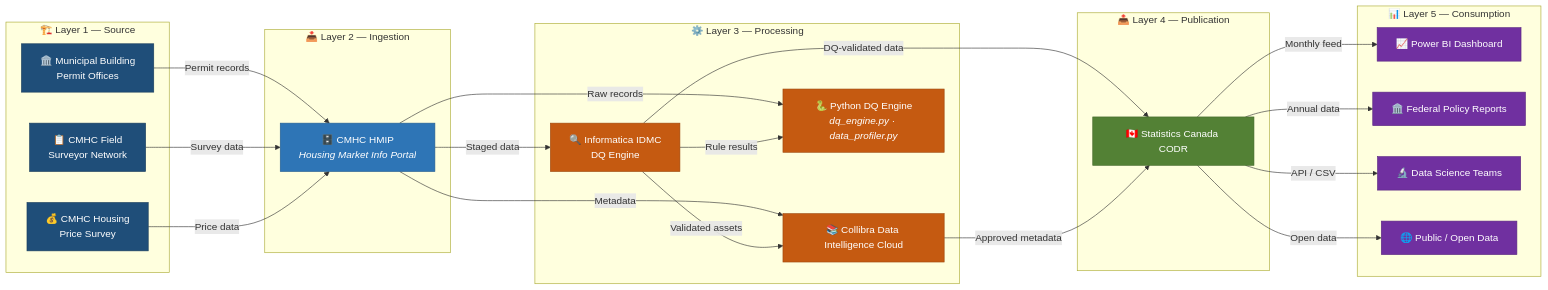
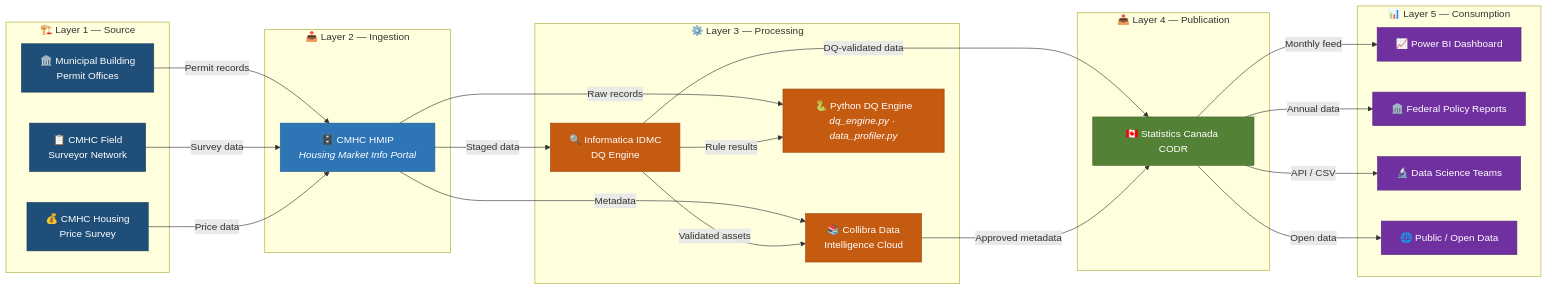
One commit to rkdhakal/cmhc-housing-data-governance changed the diagram in README.md. Above: the diagram before and after it, drawn with Mermaid.

Commit message:
Typo error fixed

````diff
--- a/README.md
+++ b/README.md
@@ -96,50 +96,50 @@
 ```mermaid
 graph LR
     subgraph SOURCE ["🏗️ Layer 1 — Source"]
         S1["🏛️ Municipal Building<br/>Permit Offices"]
         S2["📋 CMHC Field<br/>Surveyor Network"]
         S3["💰 CMHC Housing<br/>Price Survey"]
     end
     subgraph INGEST ["📥 Layer 2 — Ingestion"]
         I1["🗄️ CMHC HMIP<br/><i>Housing Market Info Portal</i>"]
     end
     subgraph PROCESS ["⚙️ Layer 3 — Processing"]
         P1["🔍 Informatica IDMC <br/> DQ Engine"]
-        P2["📚 Collibra Data Intelligence Cloud"]
+        P2["📚 Collibra Data <br/>Intelligence Cloud"]
         P3["🐍 Python DQ Engine<br/><i>dq_engine.py · data_profiler.py</i>"]
     end
     subgraph PUBLISH ["📤 Layer 4 — Publication"]
         PB1["🇨🇦 Statistics Canada CODR"]
     end
     subgraph CONSUME ["📊 Layer 5 — Consumption"]
         C1["📈 Power BI Dashboard"]
         C2["🏛️ Federal Policy Reports"]
         C3["🔬 Data Science Teams"]
         C4["🌐 Public / Open Data"]
     end
     S1 -->|"Permit records"| I1
     S2 -->|"Survey data"| I1
     S3 -->|"Price data"| I1
     I1 -->|"Staged data"| P1
     I1 -->|"Metadata"| P2
     I1 -->|"Raw records"| P3
     P1 -->|"Validated assets"| P2
     P1 -->|"Rule results"| P3
     P1 -->|"DQ-validated data"| PB1
     P2 -->|"Approved metadata"| PB1
     PB1 -->|"Monthly feed"| C1
     PB1 -->|"Annual data"| C2
     PB1 -->|"API / CSV"| C3
     PB1 -->|"Open data"| C4
 
     classDef source fill:#1F4E79,stroke:#1a3d5c,color:#fff
     classDef ingest fill:#2E75B6,stroke:#245d91,color:#fff
     classDef process fill:#C55A11,stroke:#9e480e,color:#fff
     classDef publish fill:#538135,stroke:#42672a,color:#fff
     classDef consume fill:#7030A0,stroke:#5a2680,color:#fff
     class S1,S2,S3 source
     class I1 ingest
     class P1,P2,P3 process
     class PB1 publish
     class C1,C2,C3,C4 consume
 ```
````
